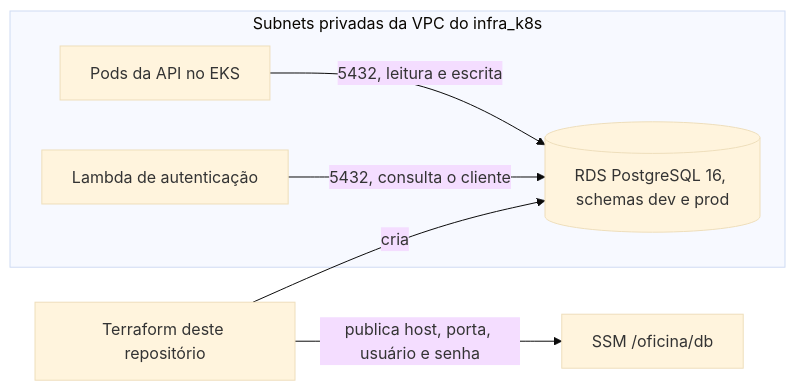
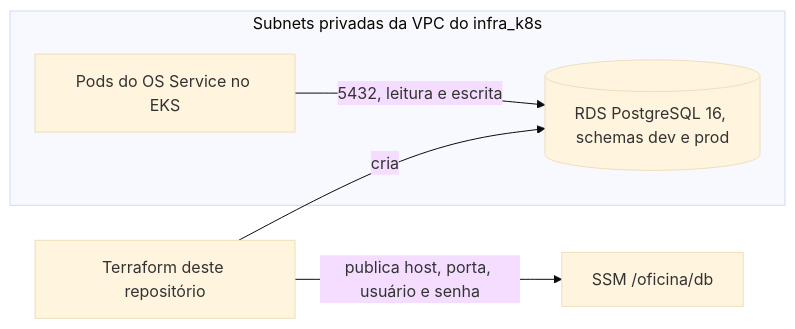
Before and after one commit to gabrielov2003/fiap_tech_challenge_oficina_infra_database: the diagram in README.md, drawn with Mermaid (base theme). The commit also changed other lines of this file, not shown here.

````diff
--- a/README.md
+++ b/README.md
@@ -14,12 +16,10 @@
 ```mermaid
 flowchart LR
     subgraph PRIV["Subnets privadas da VPC do infra_k8s"]
-        API["Pods da API no EKS"]
-        L["Lambda de autenticação"]
+        API["Pods do OS Service no EKS"]
         RDS[("RDS PostgreSQL 16, schemas dev e prod")]
     end
     API -->|"5432, leitura e escrita"| RDS
-    L -->|"5432, consulta o cliente"| RDS
     TF["Terraform deste repositório"] -->|"cria"| RDS
     TF -->|"publica host, porta, usuário e senha"| SSM["SSM /oficina/db"]
 ```
````
